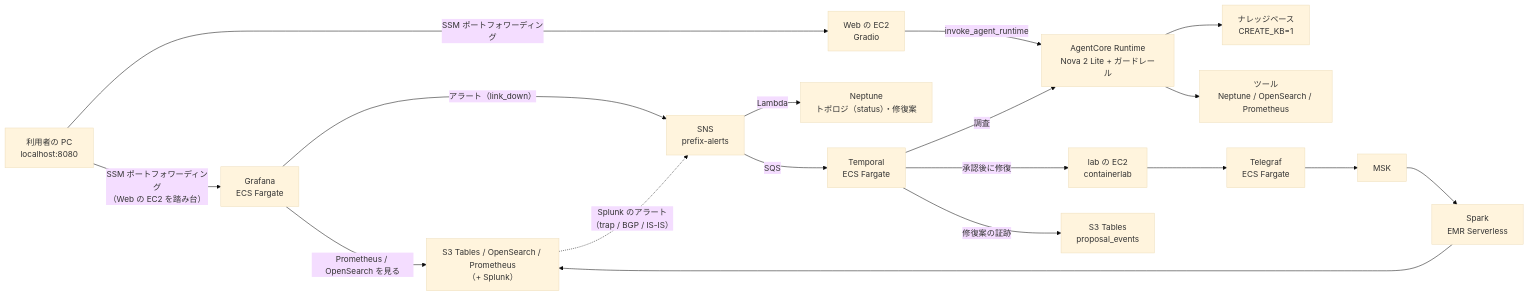
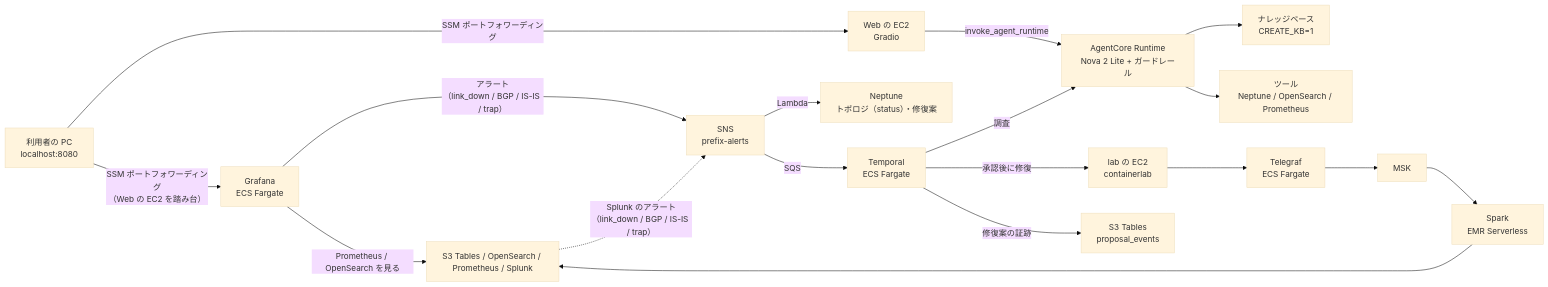
The diagram in README.md (eddie-eights/nwc-poc), drawn with Mermaid (base theme) before and after one commit. The commit also changed other lines of this file and 7 other files, not shown here.

````diff
--- a/README.md
+++ b/README.md
@@ -8,17 +8,17 @@
 ```mermaid
 flowchart LR
   PC["利用者の PC<br/>localhost:8080"] -->|"SSM ポートフォワーディング"| WEB["Web の EC2<br/>Gradio"]
   WEB -->|"invoke_agent_runtime"| RT["AgentCore Runtime<br/>Nova 2 Lite + ガードレール"]
   RT --> KB["ナレッジベース<br/>CREATE_KB=1"]
   RT --> TOOLS["ツール<br/>Neptune / OpenSearch / Prometheus"]
   LAB["lab の EC2<br/>containerlab"] --> TG["Telegraf<br/>ECS Fargate"] --> MSK["MSK"] --> SPARK["Spark<br/>EMR Serverless"]
-  SPARK --> STORE["S3 Tables / OpenSearch / Prometheus<br/>（+ Splunk）"]
+  SPARK --> STORE["S3 Tables / OpenSearch / Prometheus / Splunk"]
   PC -->|"SSM ポートフォワーディング<br/>（Web の EC2 を踏み台）"| GRAF["Grafana<br/>ECS Fargate"] -->|"Prometheus / OpenSearch を見る"| STORE
-  GRAF -->|"アラート（link_down）"| SNS["SNS<br/>prefix-alerts"]
-  STORE -.->|"Splunk のアラート<br/>（trap / BGP / IS-IS）"| SNS
+  GRAF -->|"アラート<br/>（link_down / BGP / IS-IS / trap）"| SNS["SNS<br/>prefix-alerts"]
+  STORE -.->|"Splunk のアラート<br/>（link_down / BGP / IS-IS / trap）"| SNS
   SNS -->|"Lambda"| NEP["Neptune<br/>トポロジ（status）・修復案"]
   SNS -->|"SQS"| WF["Temporal<br/>ECS Fargate"]
   WF -->|"修復案の証跡"| PAUDIT["S3 Tables<br/>proposal_events"]
   WF -->|"調査"| RT
   WF -->|"承認後に修復"| LAB
 ```
````
